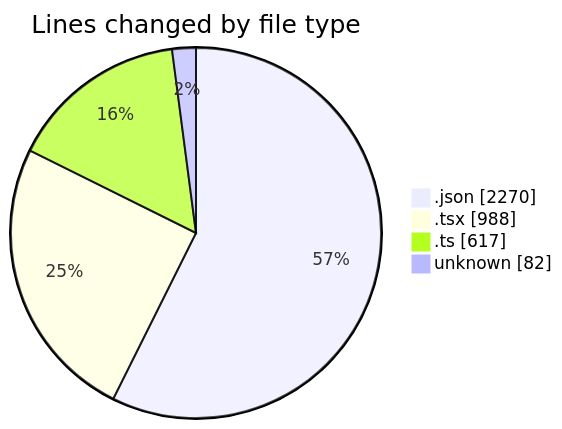
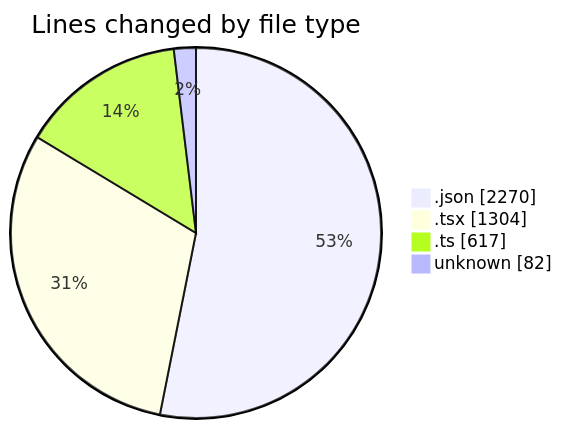
The first of 2 diagrams in 2025-10-29/eventscop-frontend-guide__workspace_/README.md (julien-gomy/code-tracking), drawn with Mermaid before and after one commit. The commit also changed other lines of this file and 1 other file, not shown here.

````diff
--- a/2025-10-29/eventscop-frontend-guide__workspace_/README.md
+++ b/2025-10-29/eventscop-frontend-guide__workspace_/README.md
@@ -45,8 +46,8 @@
 ```mermaid
 pie showData
 title Lines changed by file type
 ".json" : 2270
-".tsx" : 988
+".tsx" : 1304
 ".ts" : 617
 "unknown" : 82
 ```
````
